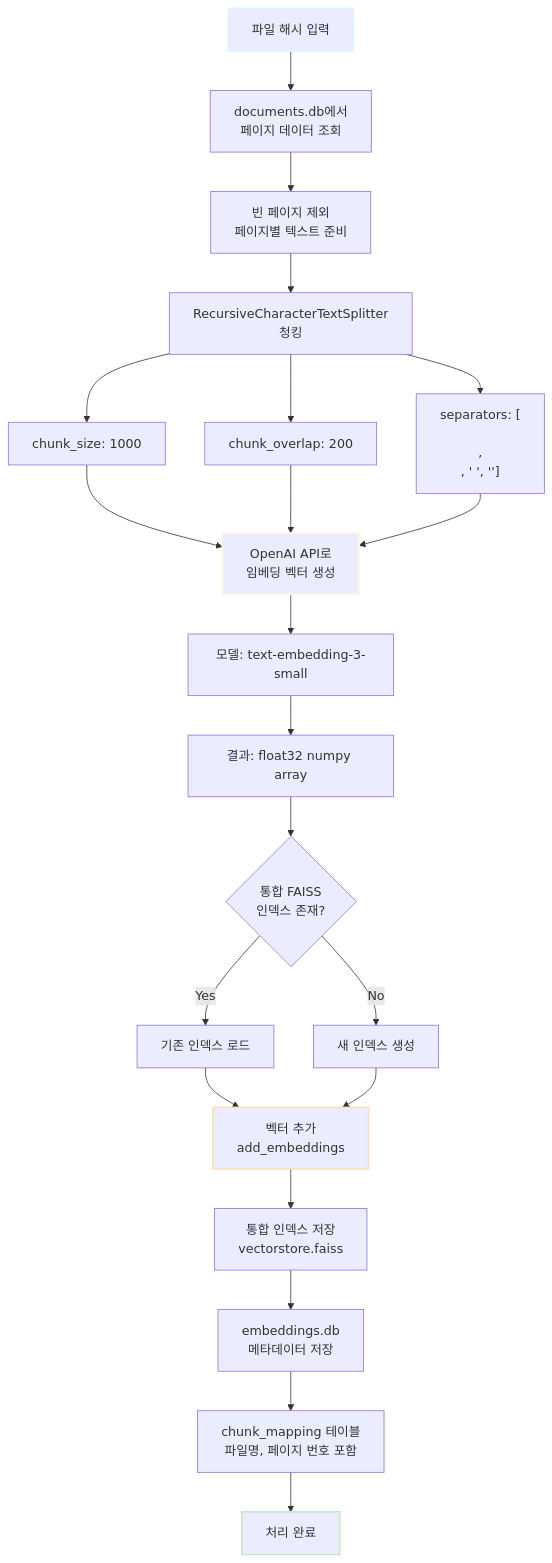
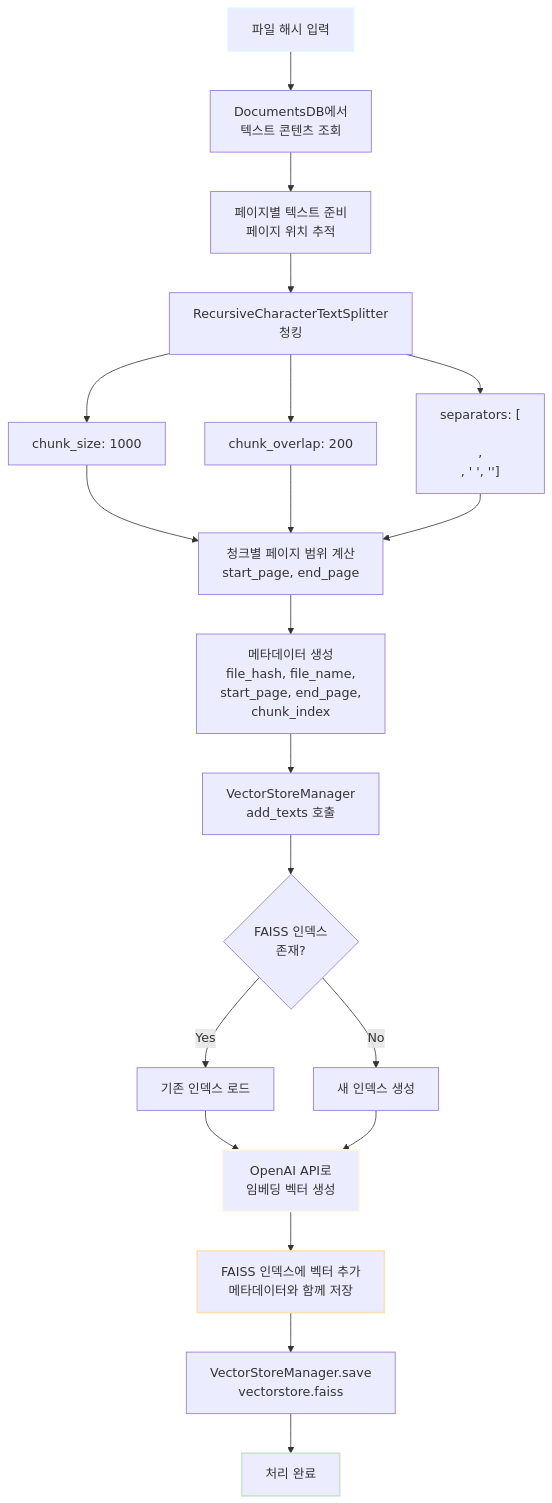
The third of 11 diagrams in docs/doc/시스템_아키텍처_설계서.md (c0z0c/codeit_ai_g2b_search), drawn with Mermaid before and after one commit. The commit also changed other lines of this file, not shown here.

````diff
--- a/docs/doc/시스템_아키텍처_설계서.md
+++ b/docs/doc/시스템_아키텍처_설계서.md
@@ -206,28 +204,27 @@
 ```mermaid
 flowchart TD
-    A[파일 해시 입력] --> B[documents.db에서<br/>페이지 데이터 조회]
-    B --> C[빈 페이지 제외<br/>페이지별 텍스트 준비]
+    A[파일 해시 입력] --> B[DocumentsDB에서<br/>텍스트 콘텐츠 조회]
+    B --> C[페이지별 텍스트 준비<br/>페이지 위치 추적]
     C --> D[RecursiveCharacterTextSplitter<br/>청킹]
     D --> D1[chunk_size: 1000]
     D --> D2[chunk_overlap: 200]
     D --> D3["separators: [\n\n, \n, ' ', '']"]
-    D1 --> E[OpenAI API로<br/>임베딩 벡터 생성]
+    D1 --> E[청크별 페이지 범위 계산<br/>start_page, end_page]
     D2 --> E
     D3 --> E
-    E --> E1[모델: text-embedding-3-small]
-    E1 --> E2[결과: float32 numpy array]
-    E2 --> F{통합 FAISS<br/>인덱스 존재?}
-    F -->|Yes| F1[기존 인덱스 로드]
-    F -->|No| F2[새 인덱스 생성]
-    F1 --> G[벡터 추가<br/>add_embeddings]
-    F2 --> G
-    G --> G1[통합 인덱스 저장<br/>vectorstore.faiss]
-    G1 --> H[embeddings.db<br/>메타데이터 저장]
-    H --> H1[chunk_mapping 테이블<br/>파일명, 페이지 번호 포함]
-    H1 --> I[처리 완료]
+    E --> F[메타데이터 생성<br/>file_hash, file_name,<br/>start_page, end_page,<br/>chunk_index]
+    F --> G[VectorStoreManager<br/>add_texts 호출]
+    G --> G1{FAISS 인덱스<br/>존재?}
+    G1 -->|Yes| G2[기존 인덱스 로드]
+    G1 -->|No| G3[새 인덱스 생성]
+    G2 --> H[OpenAI API로<br/>임베딩 벡터 생성]
+    G3 --> H
+    H --> I[FAISS 인덱스에 벡터 추가<br/>메타데이터와 함께 저장]
+    I --> J[VectorStoreManager.save<br/>vectorstore.faiss]
+    J --> K[처리 완료]
 
     style A stroke-width:2px,stroke:#e1f5ff
-    style I stroke-width:2px,stroke:#c8e6c9
-    style E stroke-width:2px,stroke:#fff9e1
-    style G stroke-width:2px,stroke:#ffe0b2
+    style K stroke-width:2px,stroke:#c8e6c9
+    style H stroke-width:2px,stroke:#fff9e1
+    style I stroke-width:2px,stroke:#ffe0b2
 ```
````
